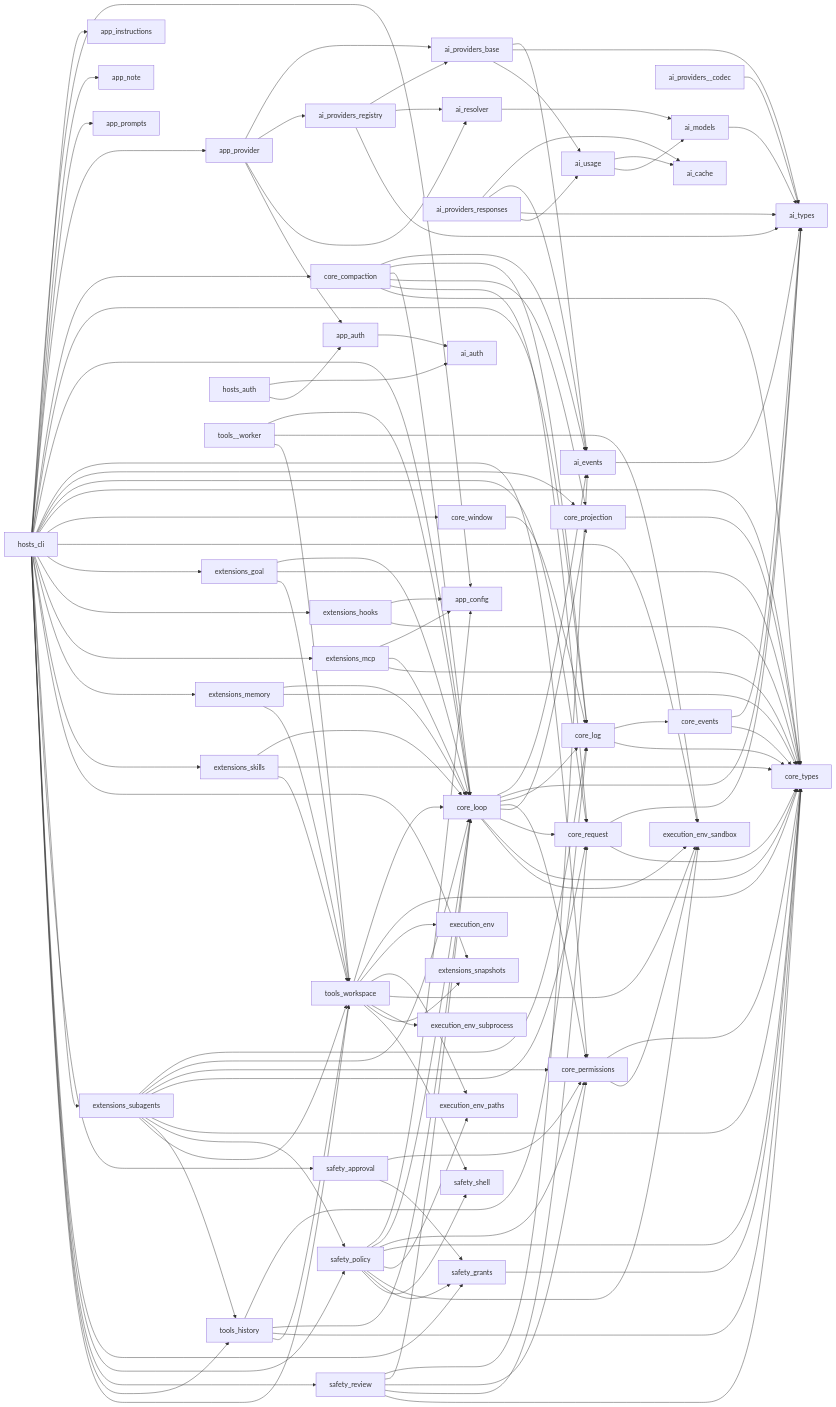
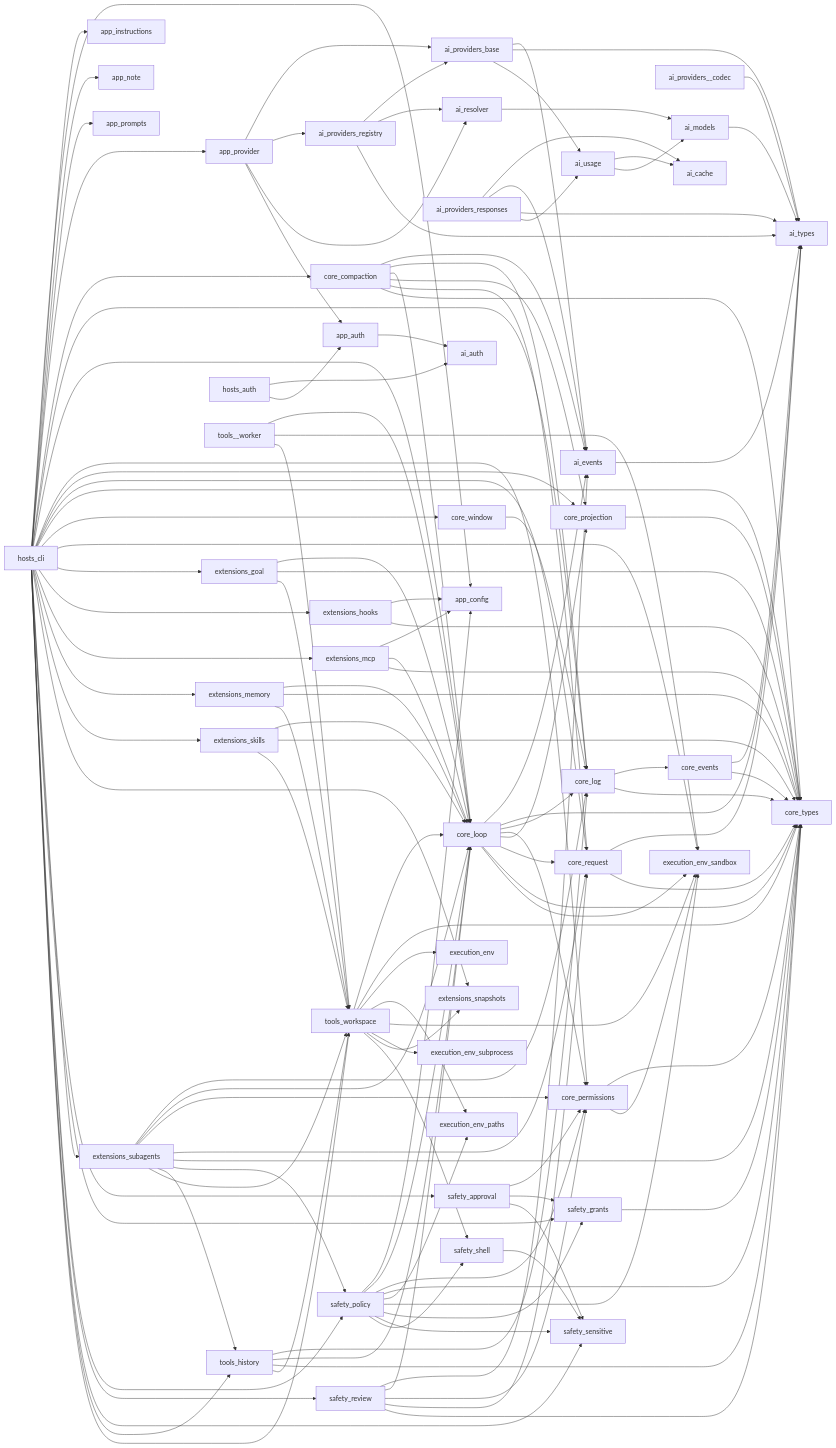
Before and after one commit to reddishJade/CadeMini: the diagram in docs/design/module-graph.md, drawn with Mermaid. The commit also changed 9 other files, not shown here.

First line of the commit message:
Require approval for sensitive paths and external Git access

```diff
--- a/docs/design/module-graph.md
+++ b/docs/design/module-graph.md
@@ -100,10 +100,12 @@
   hosts_cli --> safety_grants
   hosts_cli --> safety_policy
   hosts_cli --> safety_review
+  hosts_cli --> safety_sensitive
   hosts_cli --> tools_history
   hosts_cli --> tools_workspace
   safety_approval --> core_permissions
   safety_approval --> safety_grants
+  safety_approval --> safety_sensitive
   safety_grants --> core_types
   safety_policy --> app_config
   safety_policy --> core_loop
@@ -112,12 +114,14 @@
   safety_policy --> execution_env_paths
   safety_policy --> execution_env_sandbox
   safety_policy --> safety_grants
+  safety_policy --> safety_sensitive
   safety_policy --> safety_shell
   safety_review --> ai_events
   safety_review --> core_loop
   safety_review --> core_permissions
   safety_review --> core_request
   safety_review --> core_types
+  safety_shell --> safety_sensitive
   tools__worker --> core_loop
   tools__worker --> execution_env_sandbox
   tools__worker --> tools_workspace
```
